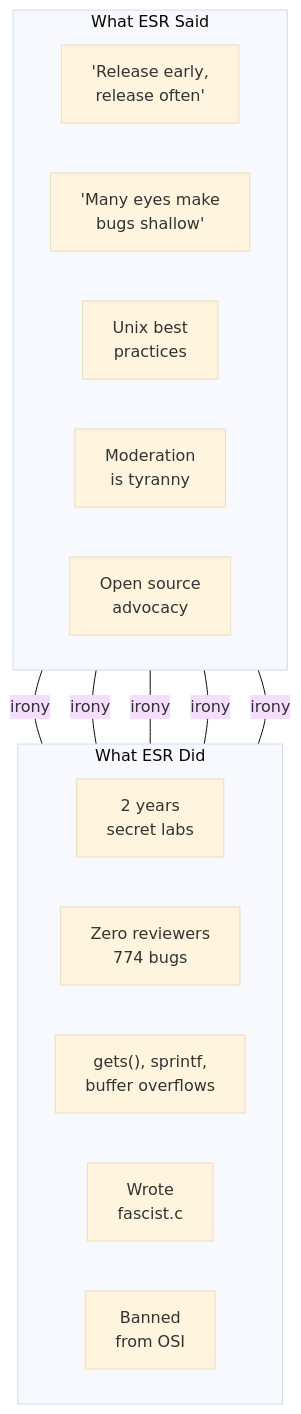
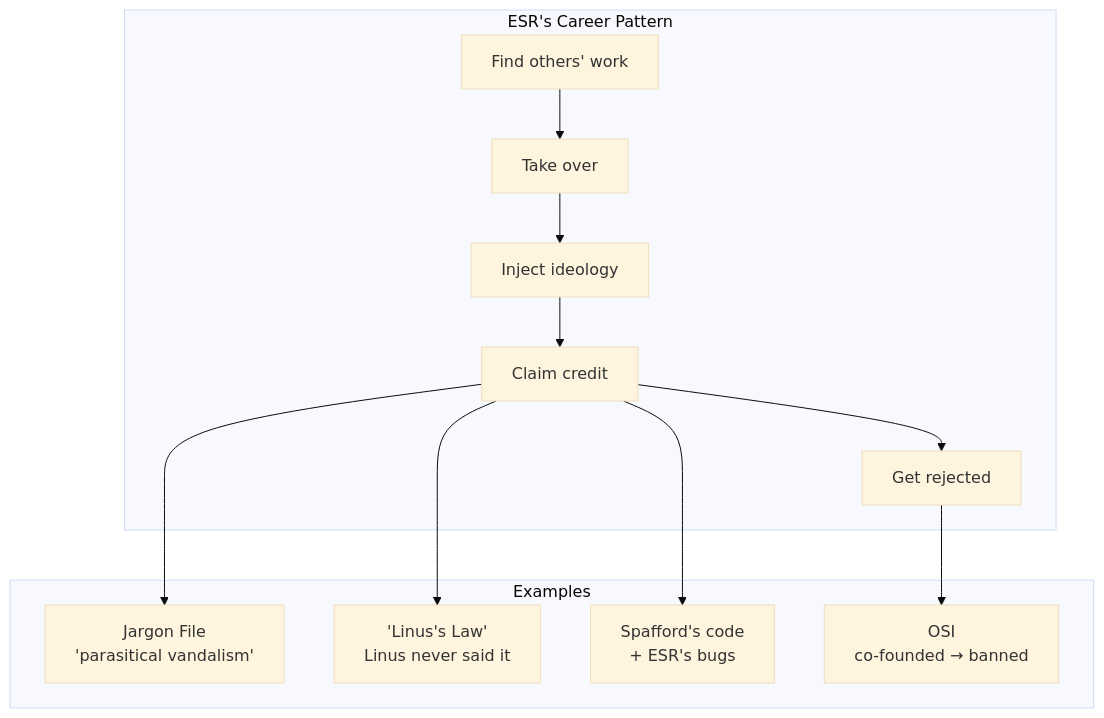
Before and after one commit to SimHacker/tmnn7-8: the sixth of 6 diagrams in analysis/README.md, drawn with Mermaid (base theme). The commit also changed other lines of this file and 5 other files, not shown here.

First line of the commit message:
Create comprehensive analysis index with mermaid diagrams

````diff
--- a/analysis/README.md
+++ b/analysis/README.md
@@ -125,26 +140,24 @@
 ```mermaid
 flowchart TB
-    subgraph said["What ESR Said"]
-        direction LR
-        s1["'Release early,<br/>release often'"]
-        s2["'Many eyes make<br/>bugs shallow'"]
-        s3["Unix best<br/>practices"]
-        s4["Moderation<br/>is tyranny"]
-        s5["Open source<br/>advocacy"]
+    subgraph pattern["ESR's Career Pattern"]
+        find["Find others' work"]
+        take["Take over"]
+        rewrite["Inject ideology"]
+        claim["Claim credit"]
+        rejected["Get rejected"]
     end
     
-    subgraph did["What ESR Did"]
-        direction LR
-        d1["2 years<br/>secret labs"]
-        d2["Zero reviewers<br/>774 bugs"]
-        d3["gets(), sprintf,<br/>buffer overflows"]
-        d4["Wrote<br/>fascist.c"]
-        d5["Banned<br/>from OSI"]
+    find --> take --> rewrite --> claim --> rejected
+    
+    subgraph examples["Examples"]
+        jargon["Jargon File<br/>'parasitical vandalism'"]
+        linus["'Linus's Law'<br/>Linus never said it"]
+        spaf["Spafford's code<br/>+ ESR's bugs"]
+        osi["OSI<br/>co-founded → banned"]
     end
     
-    s1 ---|irony| d1
-    s2 ---|irony| d2
-    s3 ---|irony| d3
-    s4 ---|irony| d4
-    s5 ---|irony| d5
+    claim --> jargon
+    claim --> linus
+    claim --> spaf
+    rejected --> osi
 ```
````
